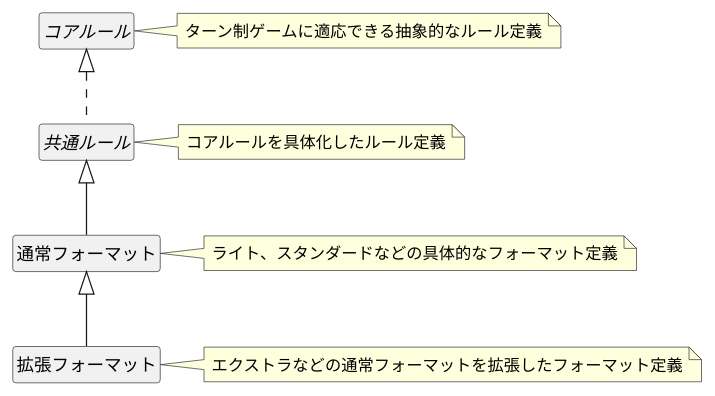
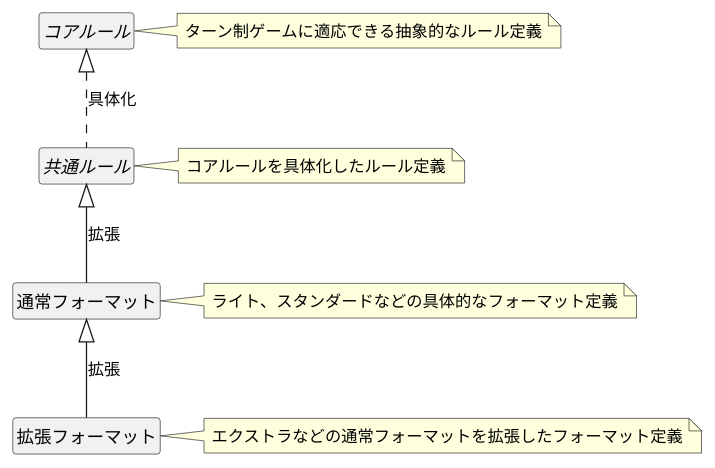
Before and after one commit to BlackPoker/BlackPoker: the diagram in source/init/rule.puml, drawn with PlantUML. The commit also changed 17 other files, not shown here.

```diff
--- a/source/init/rule.puml
+++ b/source/init/rule.puml
@@ -1,15 +1,15 @@
 
     hide members
     hide circle
 
     abstract class コアルール 
     abstract class 共通ルール
 
-    コアルール <|.. 共通ルール
-    共通ルール ^-- 通常フォーマット
-    通常フォーマット ^-- 拡張フォーマット
+    コアルール <|.. 共通ルール : 具体化
+    共通ルール ^-- 通常フォーマット : 拡張
+    通常フォーマット ^-- 拡張フォーマット : 拡張
 
     note right of コアルール : ターン制ゲームに適応できる抽象的なルール定義
     note right of 共通ルール : コアルールを具体化したルール定義
     note right of 通常フォーマット : ライト、スタンダードなどの具体的なフォーマット定義
     note right of 拡張フォーマット : エクストラなどの通常フォーマットを拡張したフォーマット定義
```
